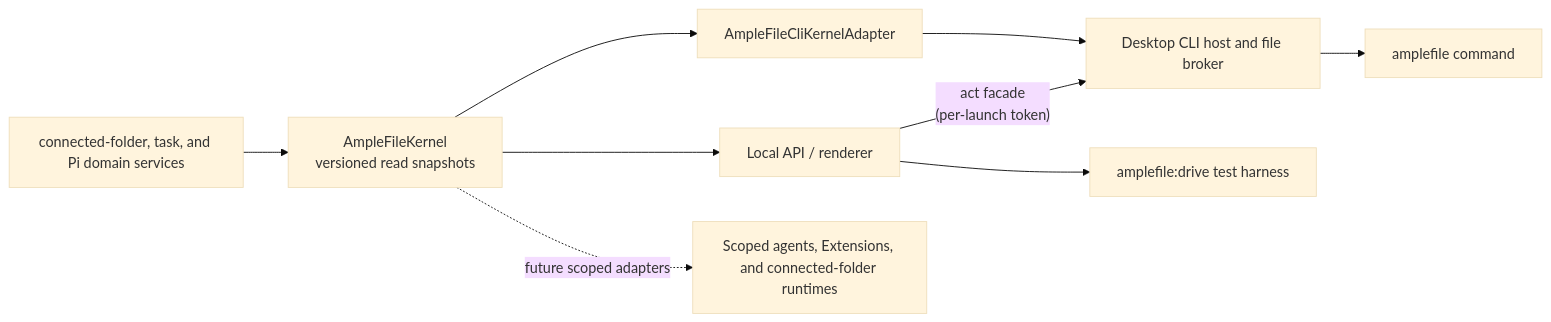
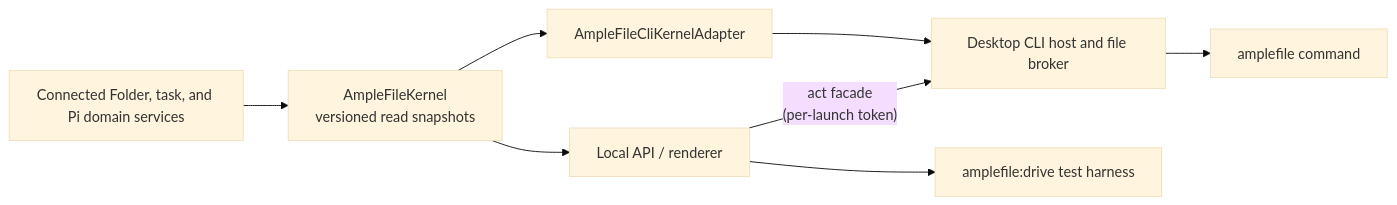
One commit to Mat-Tom-Son/amplefile changed the diagram in docs/amplefile-agent-and-cli.md. Above: the diagram before and after it, drawn with Mermaid (base theme). The commit also changed other lines of this file and 281 other files, not shown here.

````diff
--- a/docs/amplefile-agent-and-cli.md
+++ b/docs/amplefile-agent-and-cli.md
@@ -89,11 +99,10 @@
 ```mermaid
 flowchart LR
-  domains["connected-folder, task, and Pi domain services"] --> kernel["AmpleFileKernel<br/>versioned read snapshots"]
+  domains["Connected Folder, task, and Pi domain services"] --> kernel["AmpleFileKernel<br/>versioned read snapshots"]
   kernel --> api["Local API / renderer"]
   kernel --> adapter["AmpleFileCliKernelAdapter"]
   adapter --> host["Desktop CLI host and file broker"]
   host --> command["amplefile command"]
   api -- "act facade<br/>(per-launch token)" --> host
   api --> driver["amplefile:drive test harness"]
-  kernel -. "future scoped adapters" .-> future["Scoped agents, Extensions, and connected-folder runtimes"]
 ```
````
